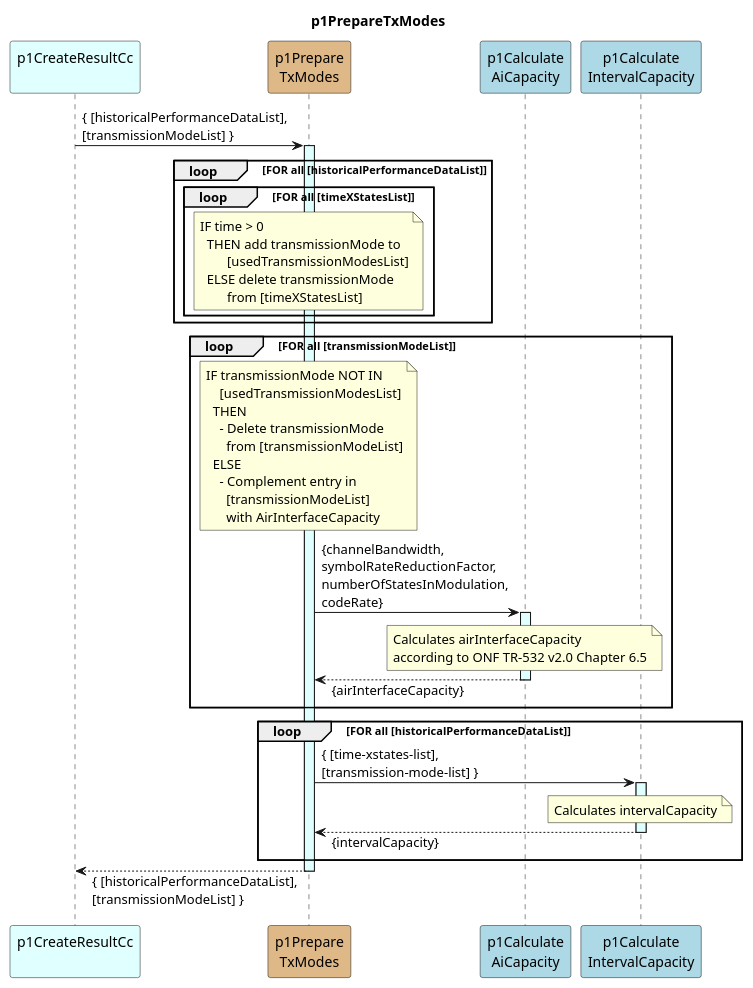
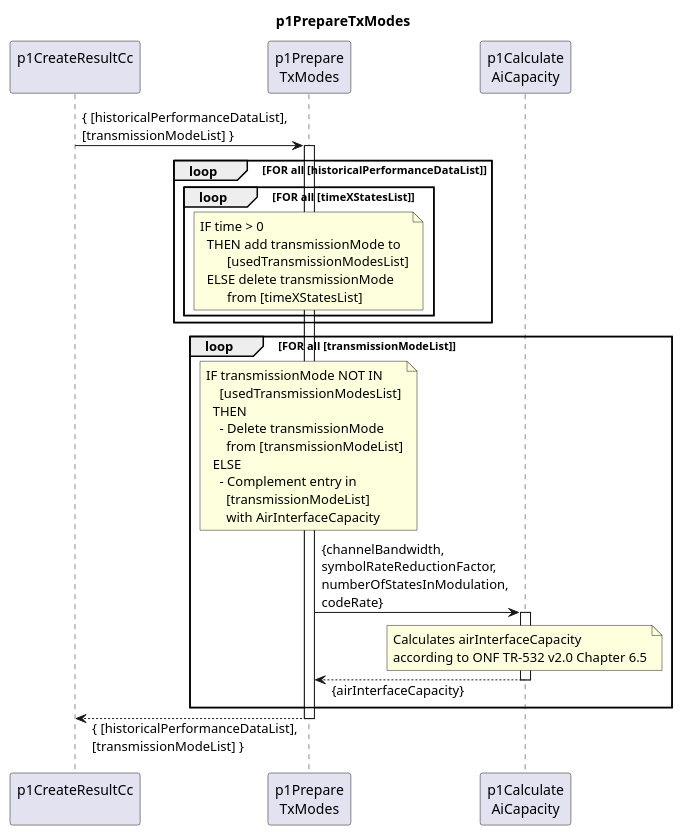
The diagram in spec/Functions/p1StreamPmData/p1ProcessDevice/p1CreateResultCc/p1PrepareTxModes/1.0.0/p1PrepareTxModes.plantuml (openBackhaul/DevicePerformanceManagementDataProcessor), drawn with PlantUML before and after one commit. The commit also changed 30 other files, not shown here.

Commit message:
Down version p2PrepareTxModes

```diff
--- a/spec/Functions/p1StreamPmData/p1ProcessDevice/p1CreateResultCc/p1PrepareTxModes/1.0.0/p1PrepareTxModes.plantuml
+++ b/spec/Functions/p1StreamPmData/p1ProcessDevice/p1CreateResultCc/p1PrepareTxModes/1.0.0/p1PrepareTxModes.plantuml
@@ -1,71 +1,59 @@
 @startuml p1PrepareTxModes
 skinparam responseMessageBelowArrow true
 
 title
   p1PrepareTxModes
 end title
 
-participant "p1CreateResultCc\n" as cur #LightCyan
+participant "p1CreateResultCc\n" as cur
 
-participant "p1Prepare\nTxModes" as prepTxModes #BurlyWood
-participant "p1Calculate\nAiCapacity" as aiCC #LightBlue
-participant "p1Calculate\nIntervalCapacity" as intCC #LightBlue
+participant "p1Prepare\nTxModes" as prepTxModes
+participant "p1Calculate\nAiCapacity" as aiCC
 
 
 cur -> prepTxModes : { [historicalPerformanceDataList],\n[transmissionModeList] }
-activate prepTxModes #LightCyan
+activate prepTxModes
 
   loop FOR all [historicalPerformanceDataList]
     loop FOR all [timeXStatesList]
       note over prepTxModes
         IF time > 0
           THEN add transmissionMode to
                 [usedTransmissionModesList]
           ELSE delete transmissionMode
                 from [timeXStatesList]
       end note
     end loop
   end loop
 
   loop FOR all [transmissionModeList]
 
     note over prepTxModes
       IF transmissionMode NOT IN
           [usedTransmissionModesList]
         THEN
           - Delete transmissionMode
             from [transmissionModeList]
         ELSE
           - Complement entry in
             [transmissionModeList]
             with AirInterfaceCapacity
     end note
 
     prepTxModes -> aiCC : {channelBandwidth,\nsymbolRateReductionFactor,\nnumberOfStatesInModulation,\ncodeRate}
-    activate aiCC #LightCyan
+    activate aiCC
       note over aiCC
         Calculates airInterfaceCapacity
         according to ONF TR-532 v2.0 Chapter 6.5
       end note
     prepTxModes <-- aiCC: {airInterfaceCapacity}
     deactivate aiCC
 
   end loop
 
-  loop FOR all [historicalPerformanceDataList]
-    prepTxModes -> intCC : { [time-xstates-list],\n[transmission-mode-list] }
-    activate intCC #LightCyan
-      note over intCC
-        Calculates intervalCapacity
-      end note
-    prepTxModes <-- intCC: {intervalCapacity}
-    deactivate intCC
-
-  end loop
-
 cur <-- prepTxModes : { [historicalPerformanceDataList],\n[transmissionModeList] }
 deactivate prepTxModes
 
 deactivate cur
 
 @enduml
```
